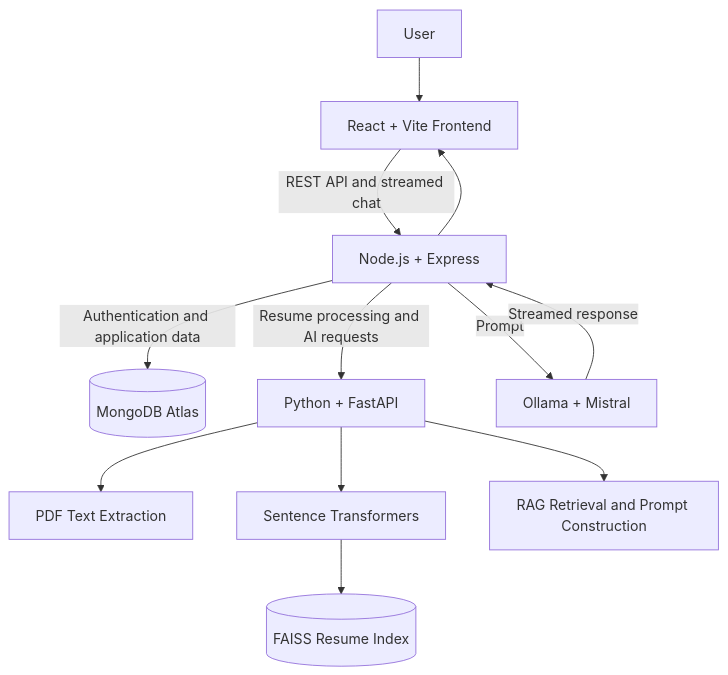
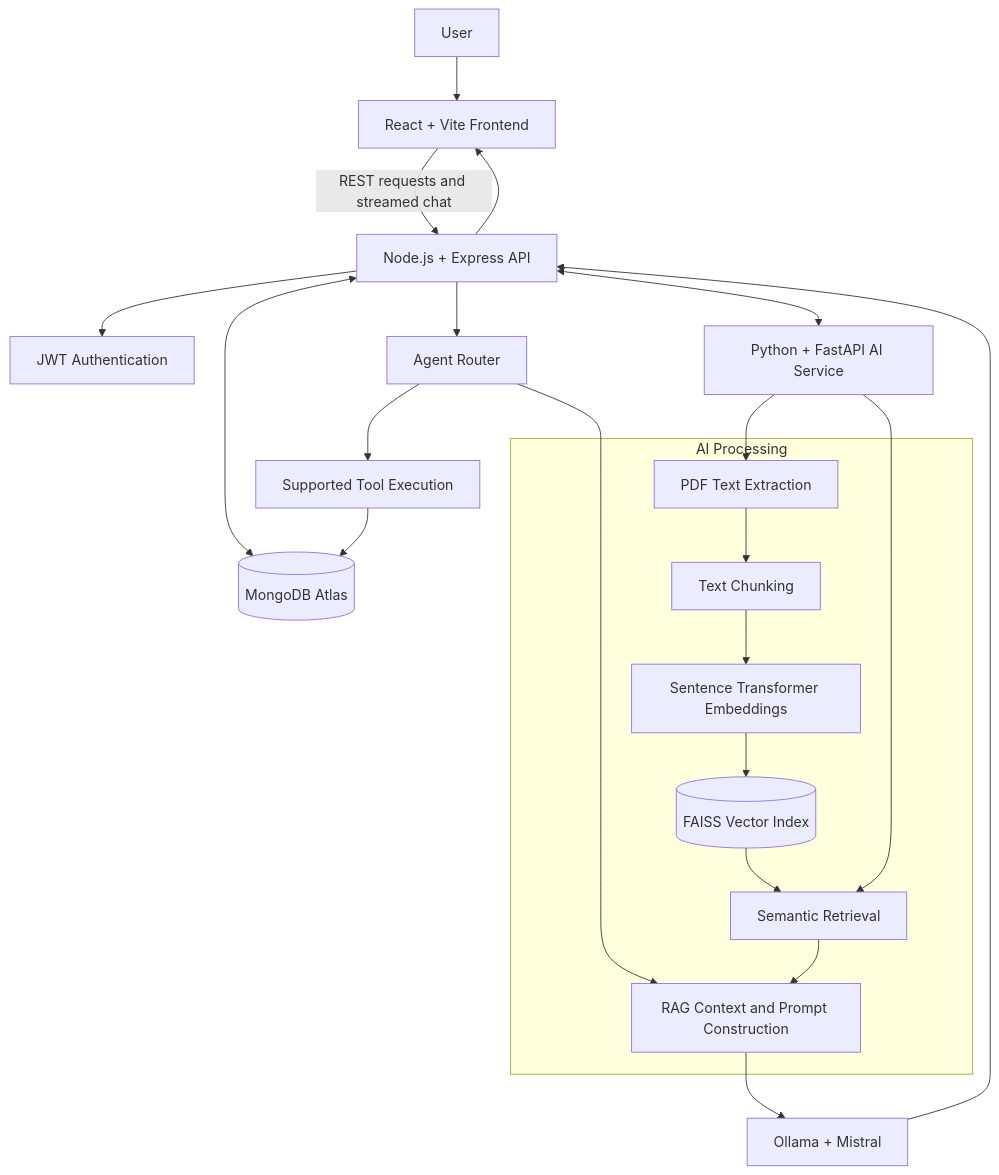
Before and after one commit to AyushSar1/AI-powered-job-tracker: the first of 5 diagrams in README.md, drawn with Mermaid. The commit also changed other lines of this file and 1 other file, not shown here.

Commit message:
docs: expand AI architecture and add MIT license

````diff
--- a/README.md
+++ b/README.md
@@ -43,14 +49,36 @@
 ```mermaid
 flowchart TD
     U[User] --> FE[React + Vite Frontend]
-    FE -->|REST API and streamed chat| BE[Node.js + Express]
-    BE -->|Authentication and application data| DB[(MongoDB Atlas)]
-    BE -->|Resume processing and AI requests| AI[Python + FastAPI]
-    AI --> PDF[PDF Text Extraction]
-    AI --> EMB[Sentence Transformers]
-    EMB --> VDB[(FAISS Resume Index)]
-    AI --> RAG[RAG Retrieval and Prompt Construction]
-    BE -->|Prompt| LLM[Ollama + Mistral]
-    LLM -->|Streamed response| BE
+    FE -->|REST requests and streamed chat| BE[Node.js + Express API]
+
+    BE --> AUTH[JWT Authentication]
+    BE <--> DB[(MongoDB Atlas)]
+    BE --> ROUTER[Agent Router]
+    BE <--> AI[Python + FastAPI AI Service]
+
+    subgraph AI_PIPELINE["AI Processing"]
+        PDF[PDF Text Extraction]
+        CHUNK[Text Chunking]
+        EMB[Sentence Transformer Embeddings]
+        FAISS[(FAISS Vector Index)]
+        RETRIEVE[Semantic Retrieval]
+        RAG[RAG Context and Prompt Construction]
+
+        PDF --> CHUNK
+        CHUNK --> EMB
+        EMB --> FAISS
+        FAISS --> RETRIEVE
+        RETRIEVE --> RAG
+    end
+
+    AI --> PDF
+    AI --> RETRIEVE
+
+    ROUTER --> TOOLS[Supported Tool Execution]
+    TOOLS --> DB
+    ROUTER --> RAG
+
+    RAG --> LLM[Ollama + Mistral]
+    LLM --> BE
     BE --> FE
 ```
````
